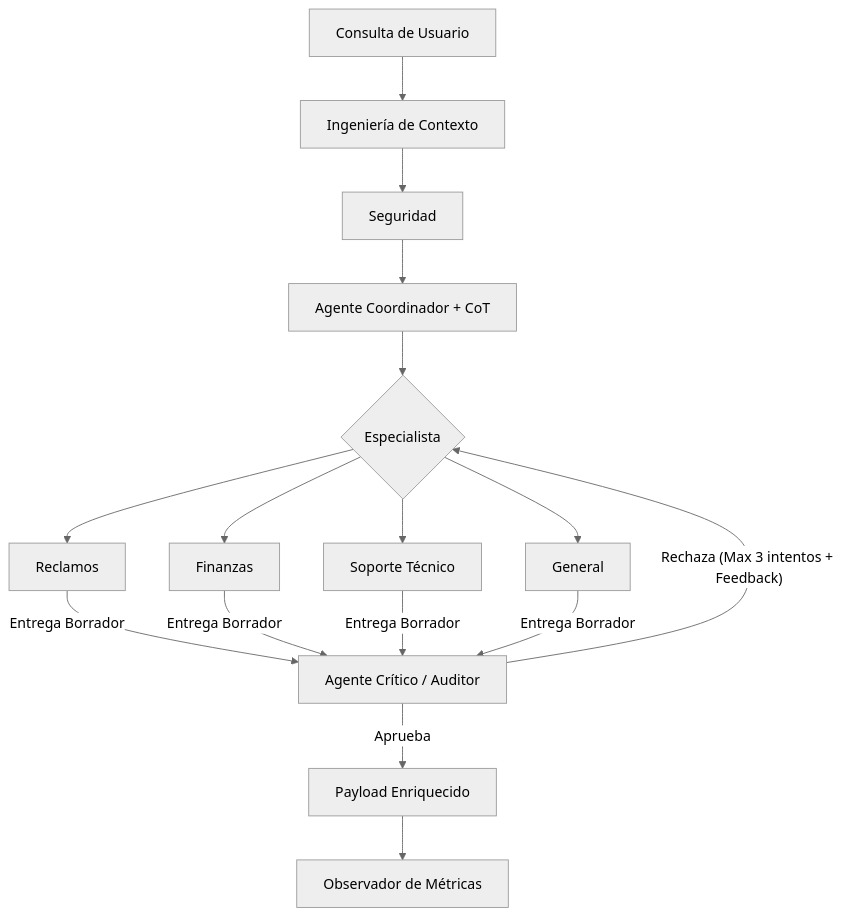
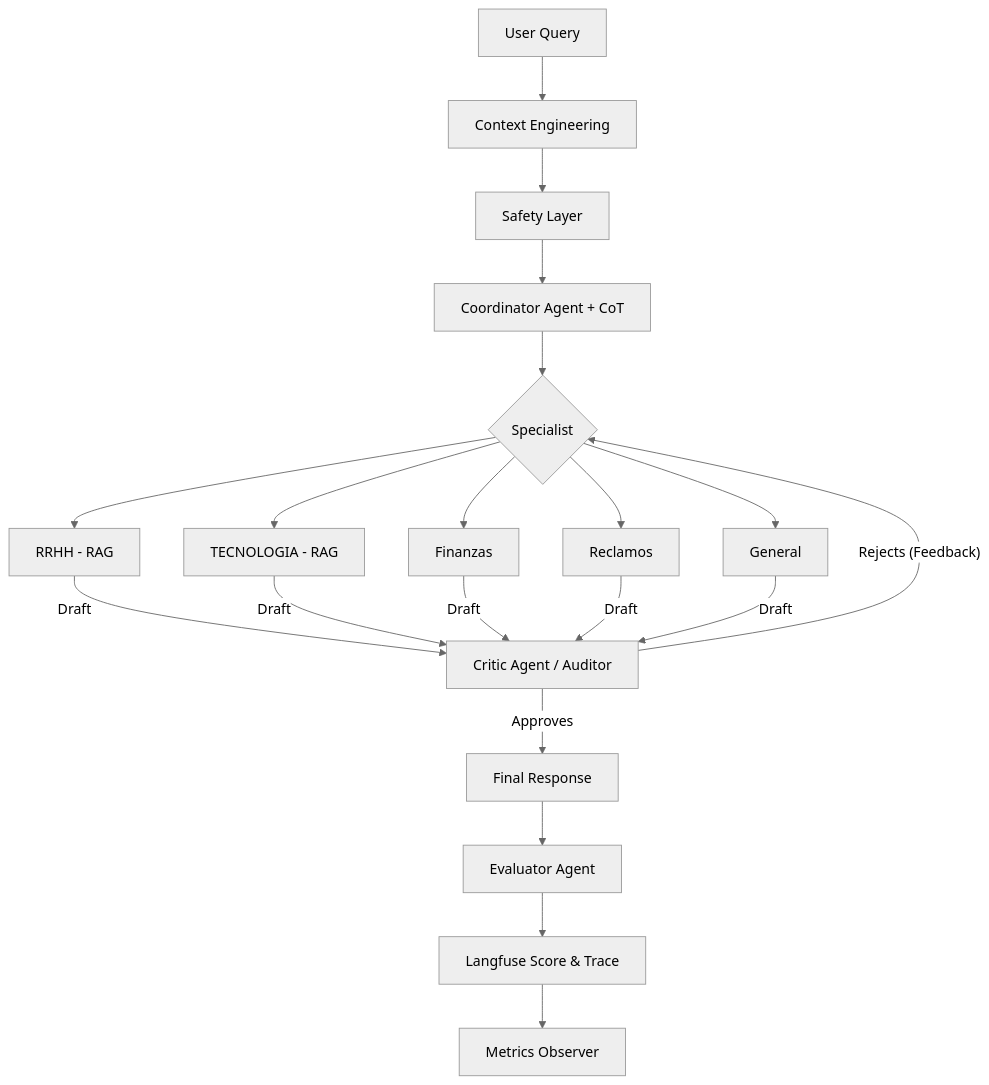
The second of 2 diagrams in README.md (cesesteban/Multi-Agent-Routing-System), drawn with Mermaid (neutral theme) before and after one commit. The commit also changed 21 other files, not shown here.

````diff
--- a/README.md
+++ b/README.md
@@ -124,15 +124,18 @@
 ```mermaid
 graph TD
-    A[Consulta de Usuario] --> B[Ingeniería de Contexto]
-    B --> C[Seguridad]
-    C --> D[Agente Coordinador + CoT]
-    D --> E{Especialista}
-    E --> F[Reclamos]
-    E --> G[Finanzas]
-    E --> H[Soporte Técnico]
-    E --> I[General]
-    F & G & H & I -- "Entrega Borrador" --> J[Agente Crítico / Auditor]
-    J -- "Rechaza (Max 3 intentos + Feedback)" --> E
-    J -- "Aprueba" --> K[Payload Enriquecido]
-    K --> L[Observador de Métricas]
+    A[User Query] --> B[Context Engineering]
+    B --> C[Safety Layer]
+    C --> D[Coordinator Agent + CoT]
+    D --> E{Specialist}
+    E --> F[RRHH - RAG]
+    E --> G[TECNOLOGIA - RAG]
+    E --> H[Finanzas]
+    E --> I[Reclamos]
+    E --> J[General]
+    F & G & H & I & J -- "Draft" --> K[Critic Agent / Auditor]
+    K -- "Rejects (Feedback)" --> E
+    K -- "Approves" --> L[Final Response]
+    L --> M[Evaluator Agent]
+    M --> N[Langfuse Score & Trace]
+    N --> O[Metrics Observer]
 ```
````
